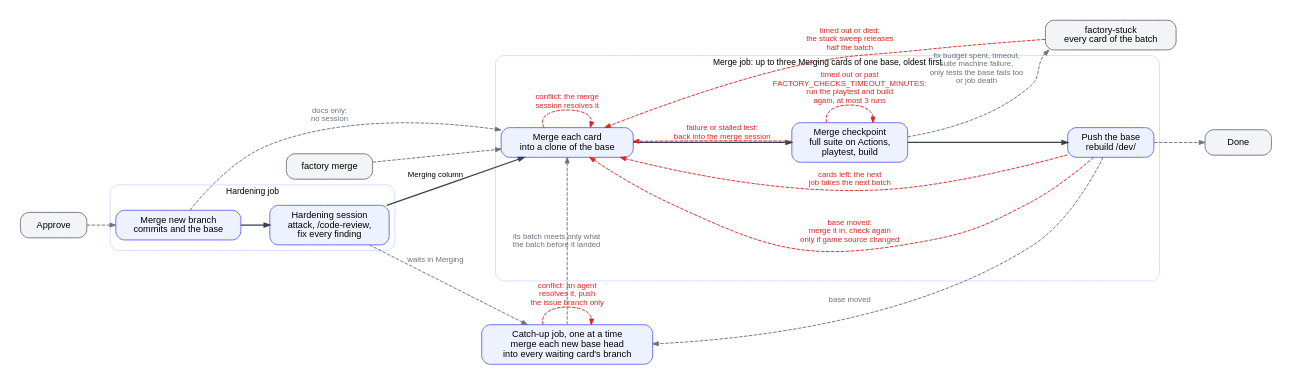
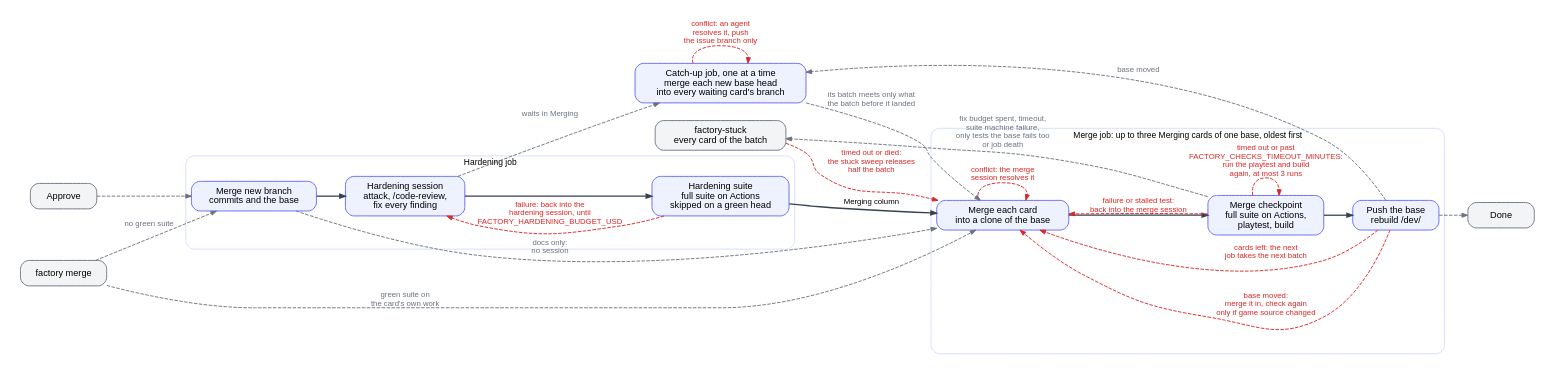
Before and after one commit to ROAM-game-org/road-machiners: the diagram in factory/docs/diagrams/hardening.dot, drawn with Graphviz. The commit also changed 9 other files, not shown here.

Commit message:
Checkpoints test the exact head and only control moves walk back past base merges, a Hardening round with no commit runs no suite again, fix rounds carry the slow test rule, and closing a card drops its suite record

```diff
--- a/factory/docs/diagrams/hardening.dot
+++ b/factory/docs/diagrams/hardening.dot
@@ -1,40 +1,42 @@
 // Hardening and Merging columns. One hardening session reviews and fixes an approved card. The merge queue checks up to three waiting cards of a base merged together before the base takes them, and the next job takes the rest. Each time a base moves, a catch-up job merges it into the branches of the waiting cards.
 // Red: loops back. Grey: leaves the column or enters from outside.
 digraph hardening {
   rankdir=LR; nodesep=0.35; ranksep=0.55; bgcolor=white; pad=0.3;
   node [shape=box, style="rounded,filled", fillcolor="#eef2ff", color="#6366f1", fontname="Helvetica", fontsize=13, margin="0.2,0.1", penwidth=1.3, width=1.3];
   edge [color="#374151", penwidth=1.8, arrowsize=0.8, fontname="Helvetica", fontsize=11];
   subgraph cluster_harden {
     label="Hardening job"; fontname="Helvetica"; fontsize=12; color="#c7d2fe"; style=rounded;
-    HM [label="Merge new branch\ncommits and the base"]; HH [label="Hardening session\nattack, /code-review,\nfix every finding"];
-    HM -> HH [weight=100];
+    HM [label="Merge new branch\ncommits and the base"]; HH [label="Hardening session\nattack, /code-review,\nfix every finding"]; HS [label="Hardening suite\nfull suite on Actions\nskipped on a green head"];
+    HM -> HH -> HS [weight=100];
   }
   subgraph cluster_merge {
     label="Merge job: up to three Merging cards of one base, oldest first"; fontname="Helvetica"; fontsize=12; color="#c7d2fe"; style=rounded;
     MM [label="Merge each card\ninto a clone of the base"]; MC [label="Merge checkpoint\nfull suite on Actions,\nplaytest, build"]; MP [label="Push the base\nrebuild /dev/"];
     MM -> MC -> MP [weight=100];
   }
-  HH -> MM [label="Merging column"];
+  HS -> MM [label="Merging column"];
   CU [label="Catch-up job, one at a time\nmerge each new base head\ninto every waiting card's branch"];
   XA [label="Approve", fillcolor="#f3f4f6", color="#6b7280"];
   XO [label="factory merge", fillcolor="#f3f4f6", color="#6b7280"];
   XS [label="factory-stuck\nevery card of the batch", fillcolor="#f3f4f6", color="#6b7280"];
   XN [label="Done", fillcolor="#f3f4f6", color="#6b7280"];
   edge [color="#dc2626", fontcolor="#dc2626", style=dashed, penwidth=1.3];
   MM -> MM [label="conflict: the merge\nsession resolves it"];
+  HS -> HH [label="failure: back into the\nhardening session, until\nFACTORY_HARDENING_BUDGET_USD"];
   MC -> MM [label="failure or stalled test:\nback into the merge session"];
   MC -> MC [label="timed out or past\nFACTORY_CHECKS_TIMEOUT_MINUTES:\nrun the playtest and build\nagain, at most 3 runs"];
   MP -> MM [label="base moved:\nmerge it in, check again\nonly if game source changed"];
   XS -> MM [label="timed out or died:\nthe stuck sweep releases\nhalf the batch"];
   MP -> MM [label="cards left: the next\njob takes the next batch"];
   CU -> CU [label="conflict: an agent\nresolves it, push\nthe issue branch only"];
   edge [color="#6b7280", fontcolor="#6b7280"];
   XA -> HM;
   HM -> MM [label="docs only:\nno session"];
-  XO -> MM;
+  XO -> MM [label="green suite on\nthe card's own work"];
+  XO -> HM [label="no green suite"];
   MC -> XS [label="fix budget spent, timeout,\nsuite machine failure,\nonly tests the base fails too\nor job death"];
   MP -> XN;
   HH -> CU [label="waits in Merging"];
   MP -> CU [label="base moved"];
   CU -> MM [label="its batch meets only what\nthe batch before it landed"];
 }
```
